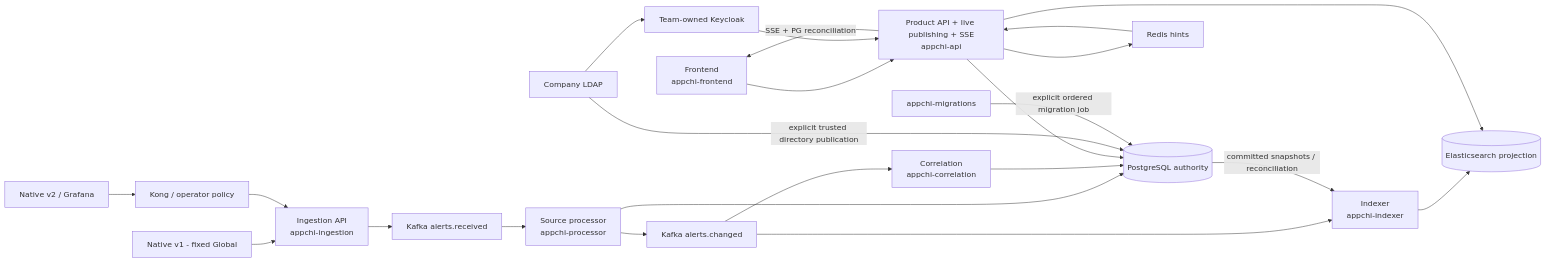
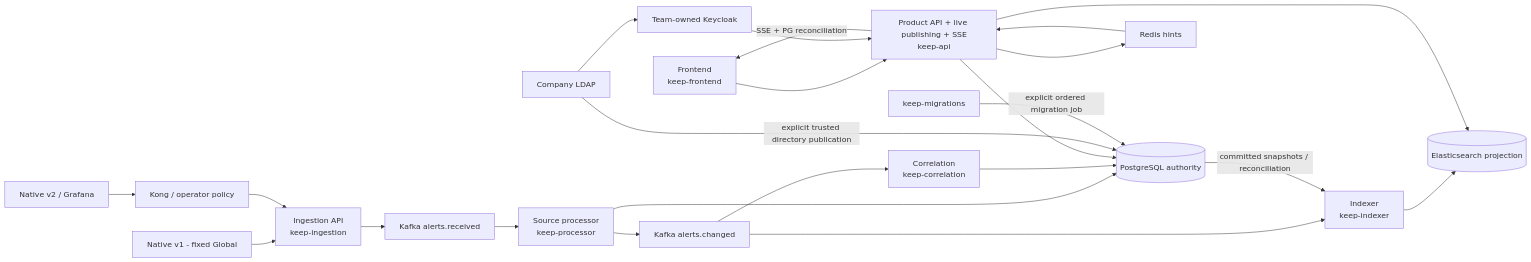
One commit to keep-alert-operations/keep-design changed the diagram in architecture/README.md. Above: the diagram before and after it, drawn with Mermaid. The commit also changed other lines of this file and 52 other files, not shown here.

First line of the commit message:
Rename Appchi to Keep (REV-67)

````diff
--- a/architecture/README.md
+++ b/architecture/README.md
@@ -7,25 +7,25 @@
 ```mermaid
 flowchart LR
-    V1[Native v1 - fixed Global] --> IN[Ingestion API<br/>appchi-ingestion]
+    V1[Native v1 - fixed Global] --> IN[Ingestion API<br/>keep-ingestion]
     V2[Native v2 / Grafana] --> KONG[Kong / operator policy]
     KONG --> IN
     IN --> RECEIVED[Kafka alerts.received]
-    RECEIVED --> PROC[Source processor<br/>appchi-processor]
+    RECEIVED --> PROC[Source processor<br/>keep-processor]
     PROC --> PG[(PostgreSQL authority)]
     PROC --> CHANGED[Kafka alerts.changed]
-    CHANGED --> CORR[Correlation<br/>appchi-correlation]
+    CHANGED --> CORR[Correlation<br/>keep-correlation]
     CORR --> PG
-    CHANGED --> IDX[Indexer<br/>appchi-indexer]
+    CHANGED --> IDX[Indexer<br/>keep-indexer]
     PG -->|committed snapshots / reconciliation| IDX
     IDX --> ES[(Elasticsearch projection)]
-    UI[Frontend<br/>appchi-frontend] --> API[Product API + live publishing + SSE<br/>appchi-api]
+    UI[Frontend<br/>keep-frontend] --> API[Product API + live publishing + SSE<br/>keep-api]
     API --> PG
     API --> ES
     API --> REDIS[Redis hints]
     REDIS --> API
     API -->|SSE + PG reconciliation| UI
     LDAP[Company LDAP] --> KC[Team-owned Keycloak]
     KC --> API
     LDAP -->|explicit trusted directory publication| PG
-    MIG[appchi-migrations] -->|explicit ordered migration job| PG
+    MIG[keep-migrations] -->|explicit ordered migration job| PG
 ```
````
